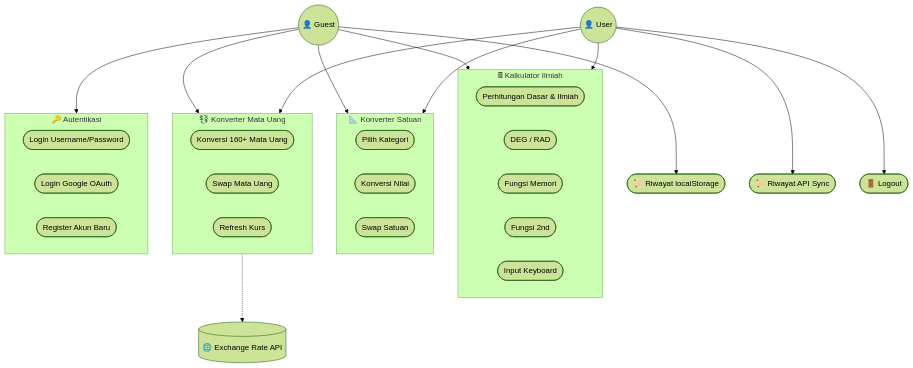
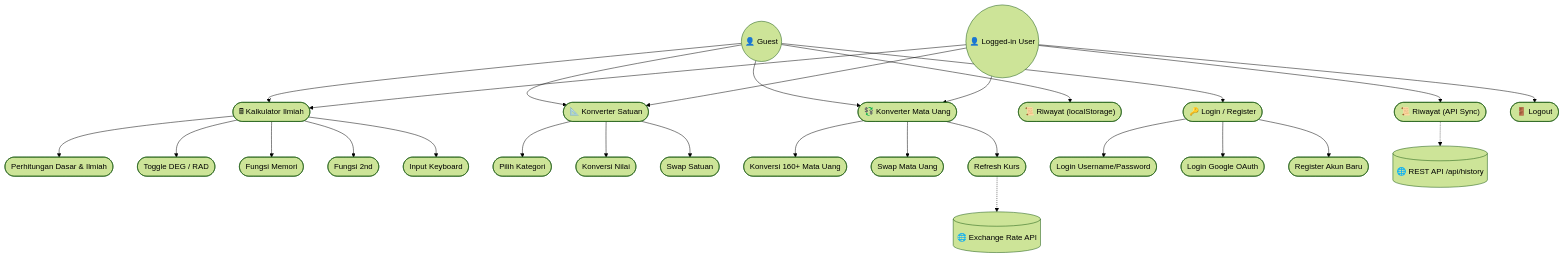
The first of 8 diagrams in e-concalc-web/README.md (falcon-ioi/Caclcon), drawn with Mermaid (forest theme) before and after one commit. The commit also changed other lines of this file, not shown here.

Commit message:
docs: restore detailed UML diagrams with numbered sections, class diagram, and konverter activity diagram

````diff
--- a/e-concalc-web/README.md
+++ b/e-concalc-web/README.md
@@ -92,49 +92,38 @@
 ```mermaid
 flowchart TD
     Guest(("👤 Guest"))
-    User(("👤 User"))
+    User(("👤 Logged-in User"))
 
-    Guest --> Kalkulator
-    Guest --> Konverter
-    Guest --> MataUang
-    Guest --> D(["📜 Riwayat localStorage"])
-    Guest --> Auth
+    Guest --> A(["🖩 Kalkulator Ilmiah"])
+    Guest --> B(["📐 Konverter Satuan"])
+    Guest --> C(["💱 Konverter Mata Uang"])
+    Guest --> D(["📜 Riwayat (localStorage)"])
+    Guest --> Auth(["🔑 Login / Register"])
 
-    User --> Kalkulator
-    User --> Konverter
-    User --> MataUang
-    User --> E(["📜 Riwayat API Sync"])
+    User --> A
+    User --> B
+    User --> C
+    User --> E(["📜 Riwayat (API Sync)"])
     User --> F(["🚪 Logout"])
 
-    subgraph Kalkulator["🖩 Kalkulator Ilmiah"]
-        direction LR
-        A1(["Perhitungan Dasar & Ilmiah"])
-        A2(["DEG / RAD"])
-        A3(["Fungsi Memori"])
-        A4(["Fungsi 2nd"])
-        A5(["Input Keyboard"])
-    end
+    A --> A1(["Perhitungan Dasar & Ilmiah"])
+    A --> A2(["Toggle DEG / RAD"])
+    A --> A3(["Fungsi Memori"])
+    A --> A4(["Fungsi 2nd"])
+    A --> A5(["Input Keyboard"])
 
-    subgraph Konverter["📐 Konverter Satuan"]
-        direction LR
-        B1(["Pilih Kategori"])
-        B2(["Konversi Nilai"])
-        B3(["Swap Satuan"])
-    end
+    B --> B1(["Pilih Kategori"])
+    B --> B2(["Konversi Nilai"])
+    B --> B3(["Swap Satuan"])
 
-    subgraph MataUang["💱 Konverter Mata Uang"]
-        direction LR
-        C1(["Konversi 160+ Mata Uang"])
-        C2(["Swap Mata Uang"])
-        C3(["Refresh Kurs"])
-    end
+    C --> C1(["Konversi 160+ Mata Uang"])
+    C --> C2(["Swap Mata Uang"])
+    C --> C3(["Refresh Kurs"])
+    C3 -.-> API[("🌐 Exchange Rate API")]
 
-    subgraph Auth["🔑 Autentikasi"]
-        direction LR
-        Auth1(["Login Username/Password"])
-        Auth2(["Login Google OAuth"])
-        Auth3(["Register Akun Baru"])
-    end
+    Auth --> Auth1(["Login Username/Password"])
+    Auth --> Auth2(["Login Google OAuth"])
+    Auth --> Auth3(["Register Akun Baru"])
 
-    C3 -.-> API[("🌐 Exchange Rate API")]
+    E -.-> API2[("🌐 REST API /api/history")]
 ```
````
